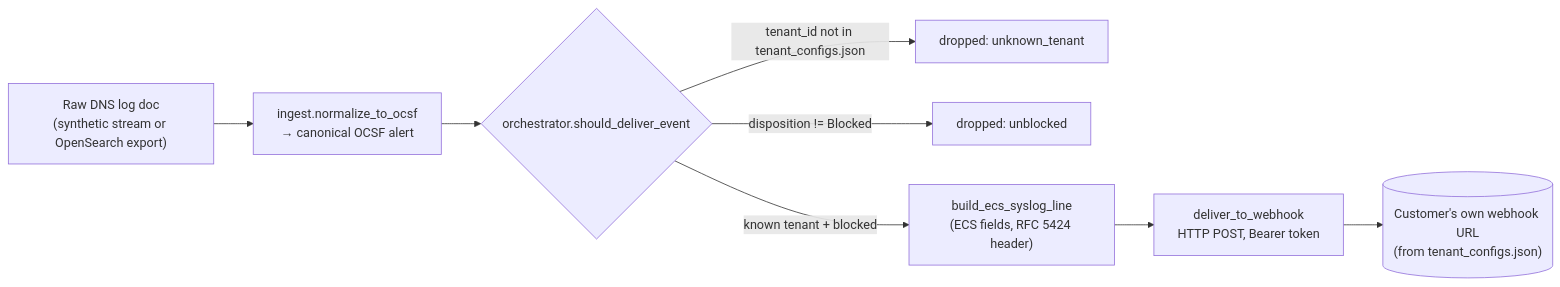
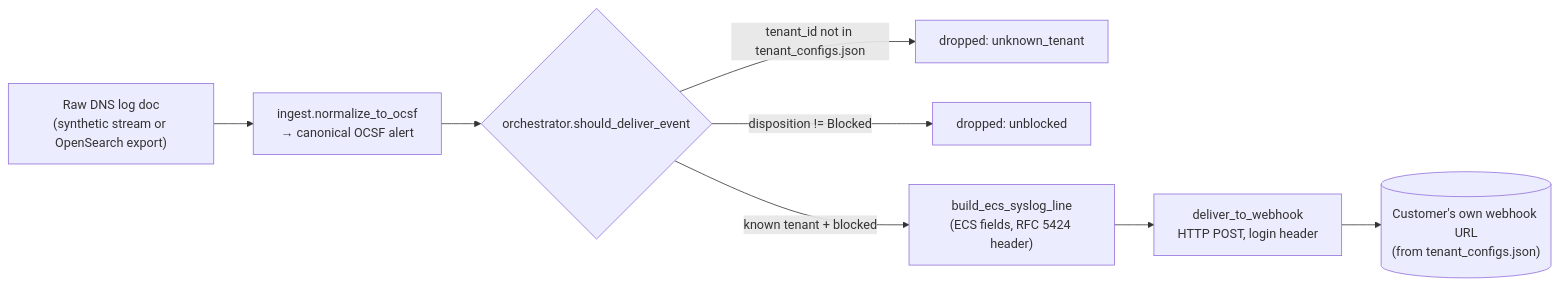
The first of 2 diagrams in README.md (bhikari40-cloud/aman-siem-pipeline), drawn with Mermaid before and after one commit. The commit also changed other lines of this file and 2 other files, not shown here.

````diff
--- a/README.md
+++ b/README.md
@@ -93,10 +102,10 @@
 ```mermaid
 flowchart LR
     A["Raw DNS log doc<br/>(synthetic stream or OpenSearch export)"] --> B["ingest.normalize_to_ocsf<br/>→ canonical OCSF alert"]
     B --> C{"orchestrator.should_deliver_event"}
     C -- "tenant_id not in tenant_configs.json" --> D1["dropped: unknown_tenant"]
     C -- "disposition != Blocked" --> D2["dropped: unblocked"]
     C -- "known tenant + blocked" --> E["build_ecs_syslog_line<br/>(ECS fields, RFC 5424 header)"]
-    E --> F["deliver_to_webhook<br/>HTTP POST, Bearer token"]
+    E --> F["deliver_to_webhook<br/>HTTP POST, login header"]
     F --> G[("Customer's own webhook URL<br/>(from tenant_configs.json)")]
 ```
````
